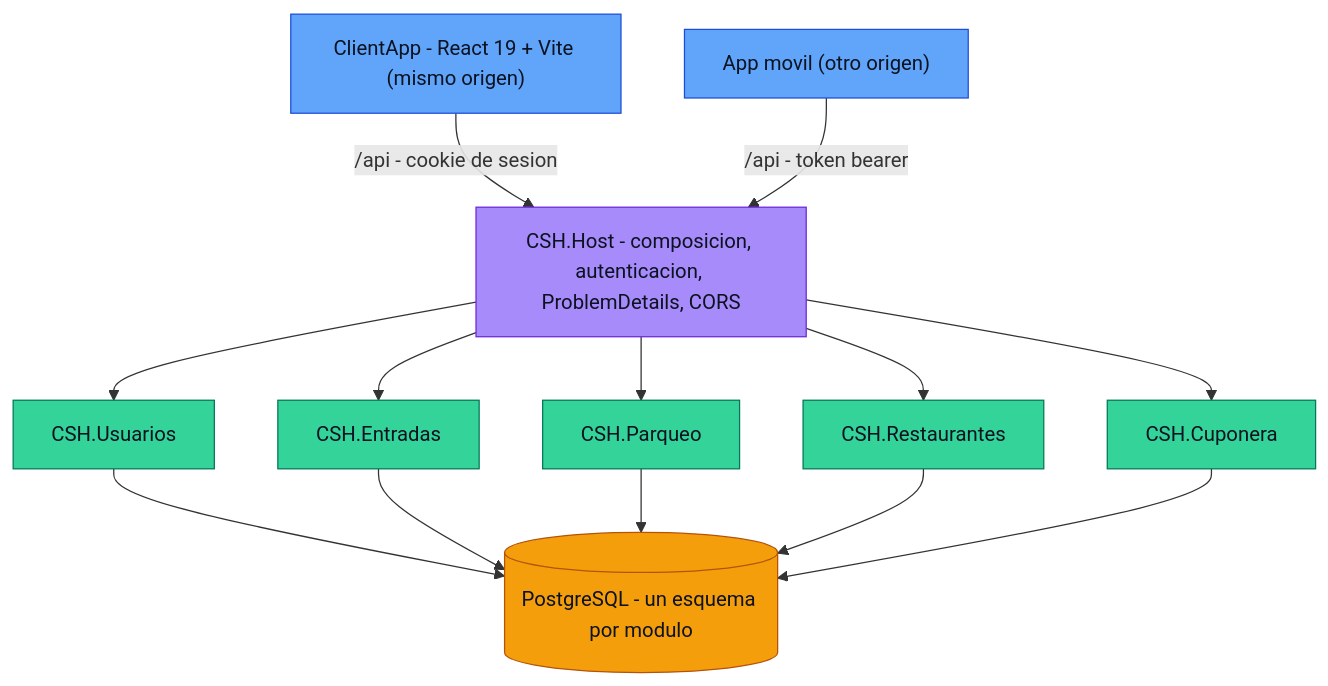
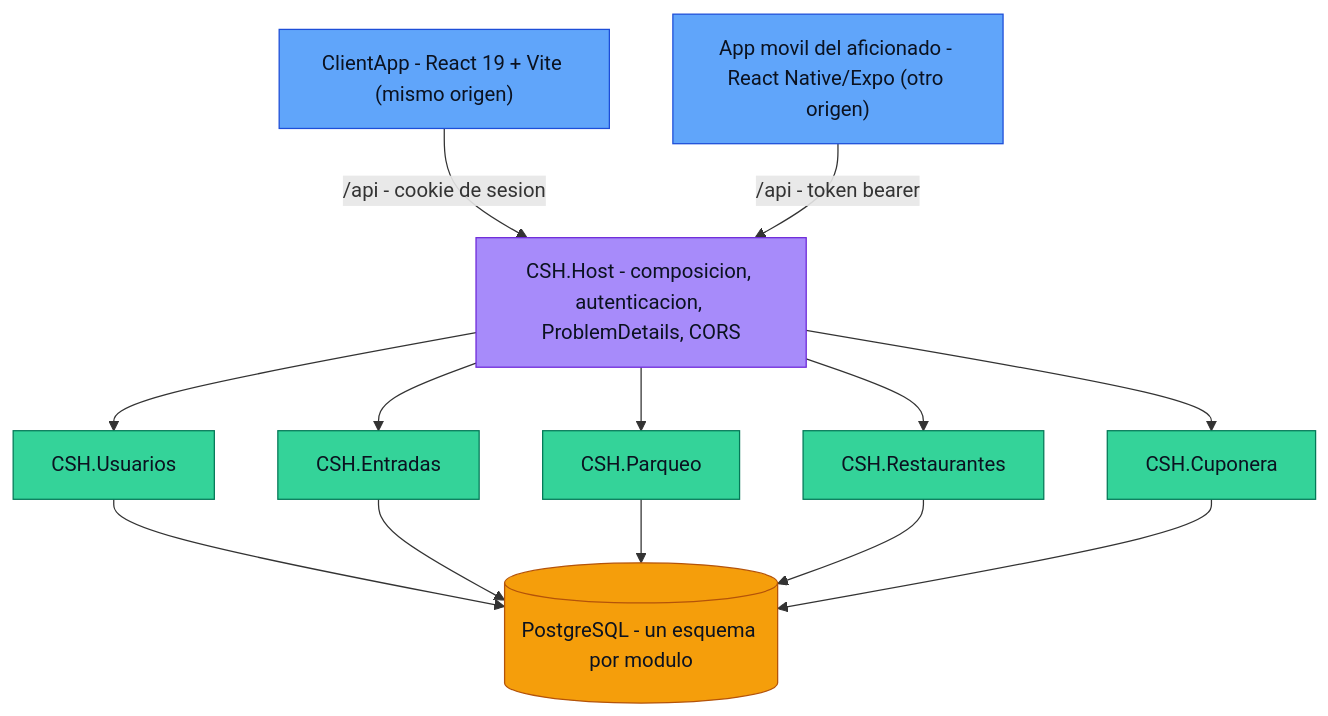
The second of 13 diagrams in docs/diagramas.md (S3-Simple-Software-Solutions/CSH), drawn with Mermaid before and after one commit. The commit also changed other lines of this file, not shown here.

First line of the commit message:
docs(diagramas): fijar el alcance del movil como app del aficionado en Expo

````diff
--- a/docs/diagramas.md
+++ b/docs/diagramas.md
@@ -55,35 +55,35 @@
 ```mermaid
 flowchart TB
     classDef cliente fill:#60a5fa,color:#0b1220,stroke:#1d4ed8
     classDef host fill:#a78bfa,color:#0b1220,stroke:#6d28d9
     classDef modulo fill:#34d399,color:#0b1220,stroke:#047857
     classDef datos fill:#f59e0b,color:#0b1220,stroke:#b45309
 
     SPA["ClientApp - React 19 + Vite (mismo origen)"]:::cliente
-    Movil["App movil (otro origen)"]:::cliente
+    Movil["App movil del aficionado - React Native/Expo (otro origen)"]:::cliente
 
     Host["CSH.Host - composicion, autenticacion, ProblemDetails, CORS"]:::host
 
     Usuarios[CSH.Usuarios]:::modulo
     Entradas[CSH.Entradas]:::modulo
     Parqueo[CSH.Parqueo]:::modulo
     Restaurantes[CSH.Restaurantes]:::modulo
     Cuponera[CSH.Cuponera]:::modulo
 
     DB[(PostgreSQL - un esquema por modulo)]:::datos
 
     SPA -->|"/api - cookie de sesion"| Host
     Movil -->|"/api - token bearer"| Host
 
     Host --> Usuarios
     Host --> Entradas
     Host --> Parqueo
     Host --> Restaurantes
     Host --> Cuponera
 
     Usuarios --> DB
     Entradas --> DB
     Parqueo --> DB
     Restaurantes --> DB
     Cuponera --> DB
 ```
````
